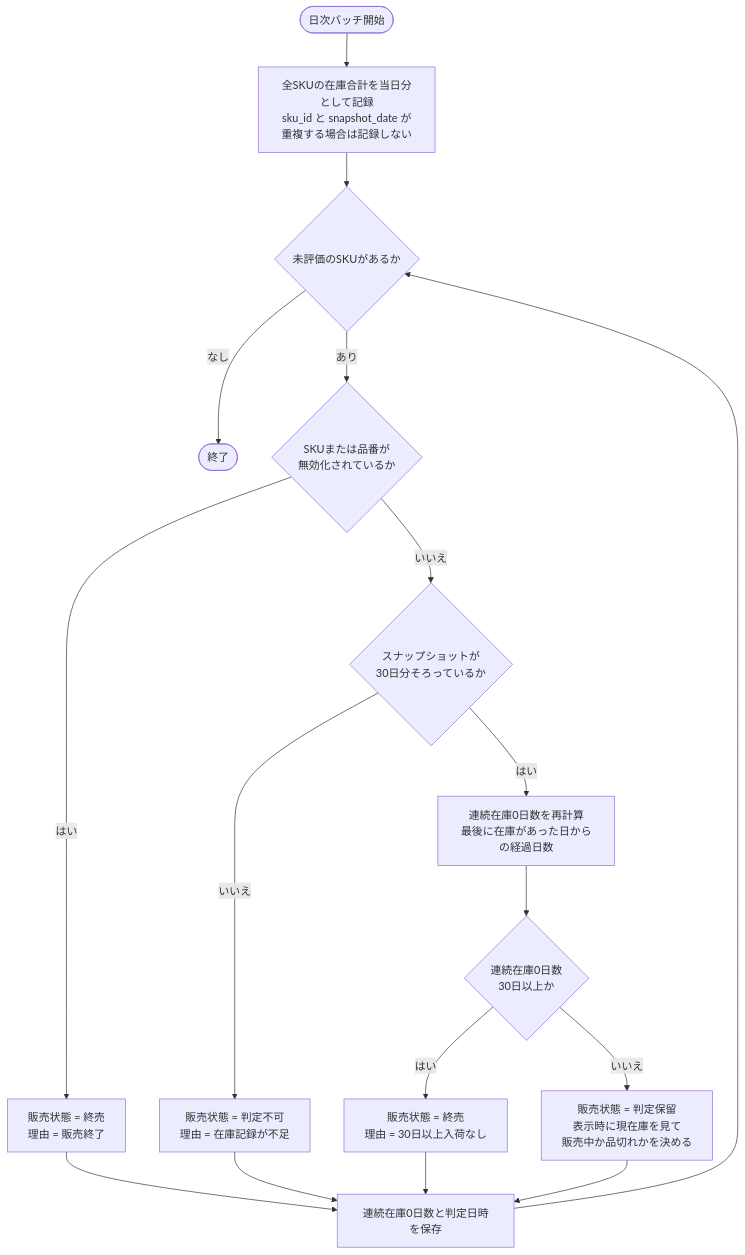
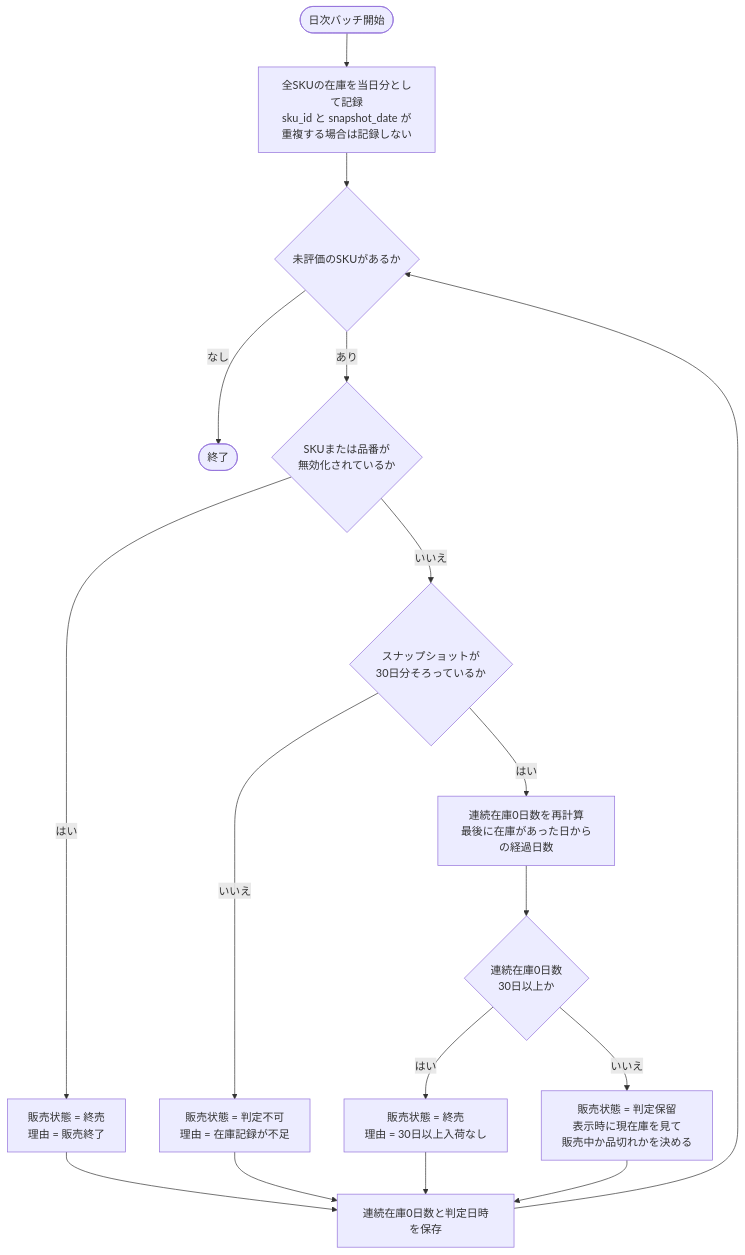
The third of 11 diagrams in 設計仕様書.md (Nagaoka122/tech0-lv3-ec), drawn with Mermaid before and after one commit. The commit also changed other lines of this file and 3 other files, not shown here.

````diff
--- a/設計仕様書.md
+++ b/設計仕様書.md
@@ -79,19 +97,19 @@
 ```mermaid
 flowchart TD
-    START([日次バッチ開始]) --> SNAP["全SKUの在庫合計を当日分として記録<br/>sku_id と snapshot_date が重複する場合は記録しない"]
+    START([日次バッチ開始]) --> SNAP["全SKUの在庫を当日分として記録<br/>sku_id と snapshot_date が重複する場合は記録しない"]
     SNAP --> LOOP{"未評価のSKUがあるか"}
     LOOP -->|なし| FIN([終了])
     LOOP -->|あり| VALID{"SKUまたは品番が<br/>無効化されているか"}
     VALID -->|はい| DISC1["販売状態 = 終売<br/>理由 = 販売終了"]
     VALID -->|いいえ| ENOUGH{"スナップショットが<br/>30日分そろっているか"}
     ENOUGH -->|いいえ| UNKNOWN["販売状態 = 判定不可<br/>理由 = 在庫記録が不足"]
     ENOUGH -->|はい| CALC["連続在庫0日数を再計算<br/>最後に在庫があった日からの経過日数"]
     CALC --> ZERO{"連続在庫0日数<br/>30日以上か"}
     ZERO -->|はい| DISC2["販売状態 = 終売<br/>理由 = 30日以上入荷なし"]
     ZERO -->|いいえ| PEND["販売状態 = 判定保留<br/>表示時に現在庫を見て<br/>販売中か品切れかを決める"]
     DISC1 --> SAVE["連続在庫0日数と判定日時を保存"]
     DISC2 --> SAVE
     UNKNOWN --> SAVE
     PEND --> SAVE
     SAVE --> LOOP
 ```
````
